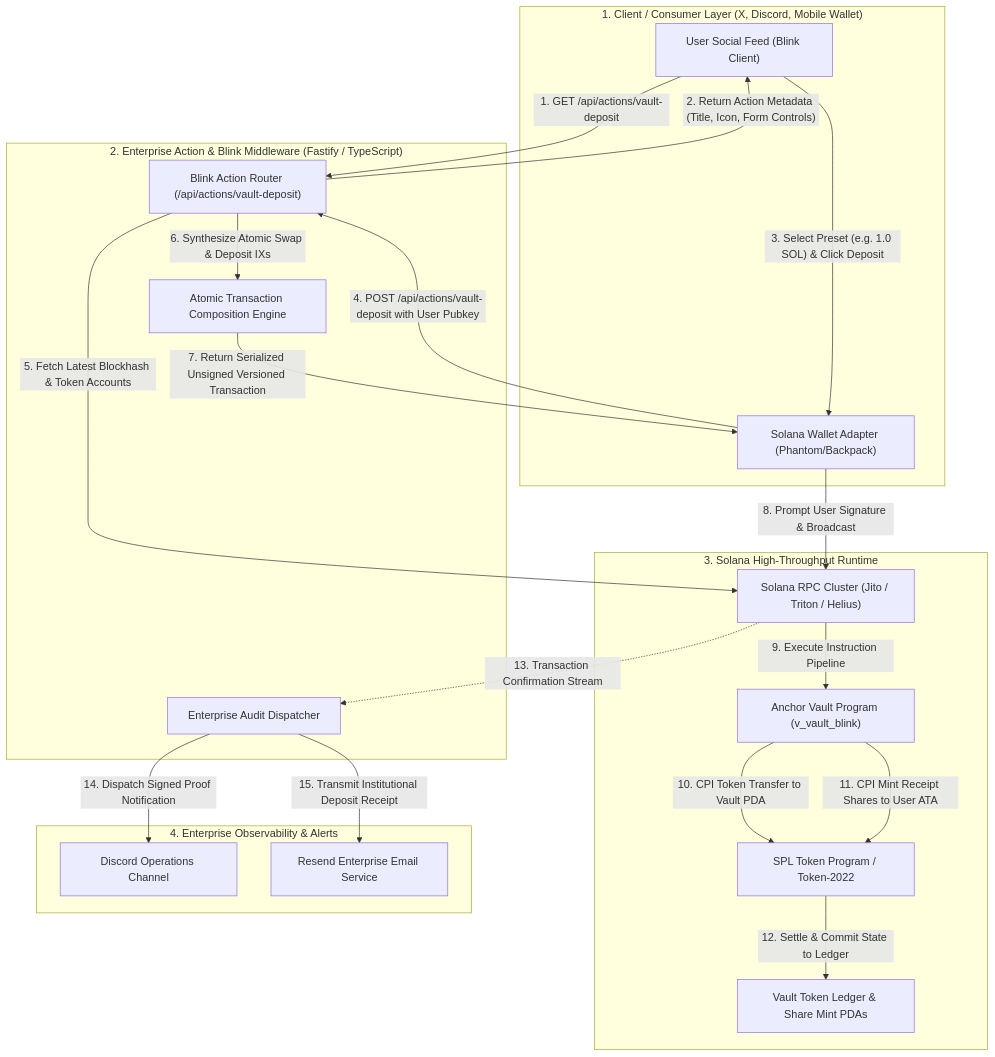
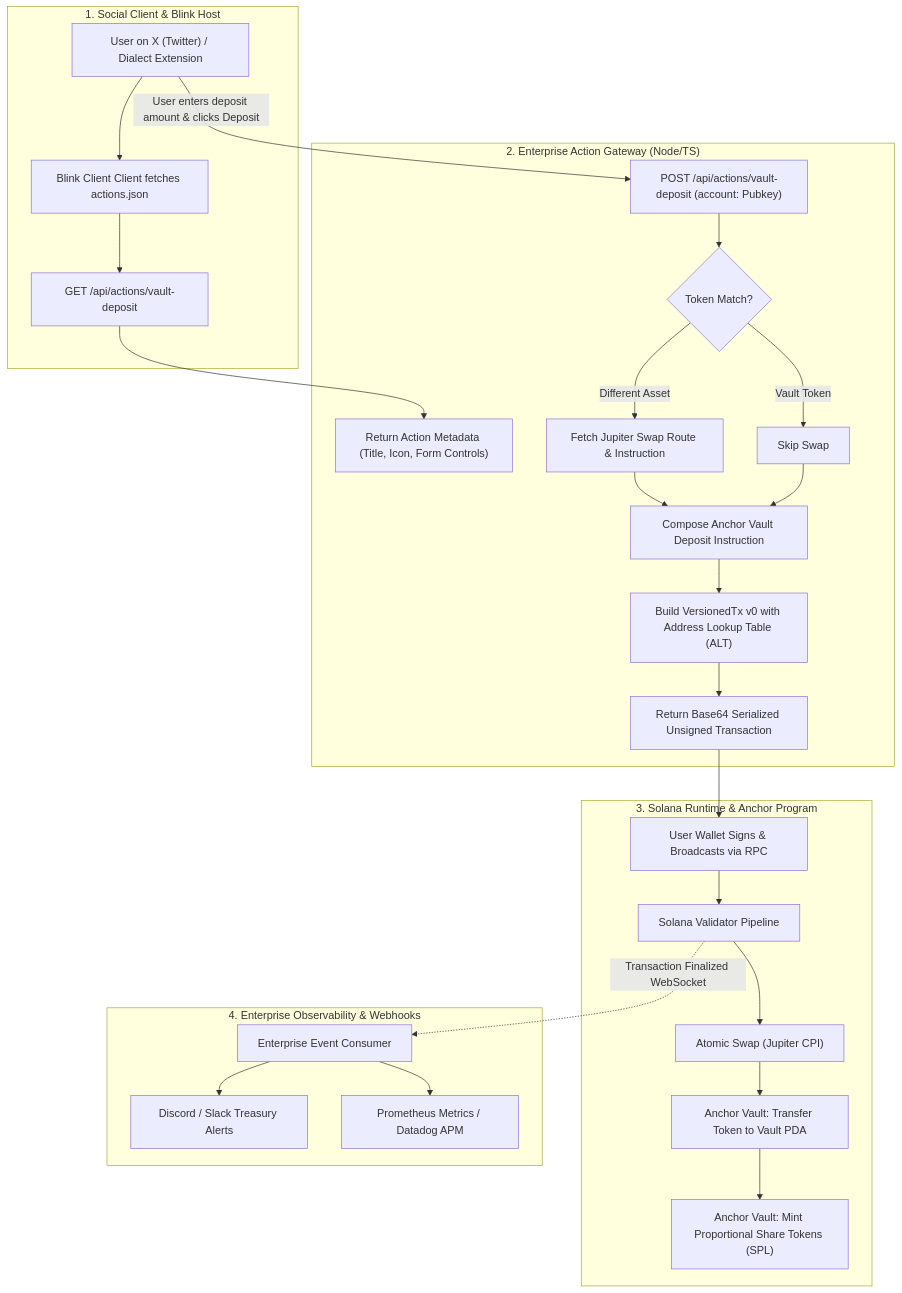
One commit to wiliancolomboo-tech/web3-solana-action---dialect-blink-for-1-41116e changed the diagram in README.md. Above: the diagram before and after it, drawn with Mermaid. The commit also changed other lines of this file and 30 other files, not shown here.

````diff
--- a/README.md
+++ b/README.md
@@ -47,46 +32,33 @@
 ```mermaid
 flowchart TD
-    %% Entities
-    subgraph ClientLayer ["1. Client / Consumer Layer (X, Discord, Mobile Wallet)"]
-        User["User Social Feed (Blink Client)"]
-        WalletExtension["Solana Wallet Adapter (Phantom/Backpack)"]
+    subgraph ClientLayer ["1. Social Client & Blink Host"]
+        A["User on X (Twitter) / Dialect Extension"] --> B["Blink Client Client fetches actions.json"]
+        B --> C["GET /api/actions/vault-deposit"]
     end
 
-    subgraph ActionEngine ["2. Enterprise Action & Blink Middleware (Fastify / TypeScript)"]
-        ActionRouter["Blink Action Router (/api/actions/vault-deposit)"]
-        TxBuilder["Atomic Transaction Composition Engine"]
-        AuditEmitter["Enterprise Audit Dispatcher"]
+    subgraph BlinkEngine ["2. Enterprise Action Gateway (Node/TS)"]
+        C --> D["Return Action Metadata (Title, Icon, Form Controls)"]
+        A -->|User enters deposit amount & clicks Deposit| E["POST /api/actions/vault-deposit (account: Pubkey)"]
+        E --> F{"Token Match?"}
+        F -->|Different Asset| G["Fetch Jupiter Swap Route & Instruction"]
+        F -->|Vault Token| H["Skip Swap"]
+        G --> I["Compose Anchor Vault Deposit Instruction"]
+        H --> I
+        I --> J["Build VersionedTx v0 with Address Lookup Table (ALT)"]
+        J --> K["Return Base64 Serialized Unsigned Transaction"]
     end
 
-    subgraph OnChainEngine ["3. Solana High-Throughput Runtime"]
-        SolanaRPC["Solana RPC Cluster (Jito / Triton / Helius)"]
-        VaultProgram["Anchor Vault Program (v_vault_blink)"]
-        VaultPDA["Vault Token Ledger & Share Mint PDAs"]
-        TokenProgram["SPL Token Program / Token-2022"]
+    subgraph LedgerExecution ["3. Solana Runtime & Anchor Program"]
+        K --> L["User Wallet Signs & Broadcasts via RPC"]
+        L --> M["Solana Validator Pipeline"]
+        M --> N["Atomic Swap (Jupiter CPI)"]
+        N --> O["Anchor Vault: Transfer Token to Vault PDA"]
+        O --> P["Anchor Vault: Mint Proportional Share Tokens (SPL)"]
     end
 
-    subgraph EnterpriseOps ["4. Enterprise Observability & Alerts"]
-        DiscordWebhook["Discord Operations Channel"]
-        ResendAPI["Resend Enterprise Email Service"]
+    subgraph EnterpriseOps ["4. Enterprise Observability & Webhooks"]
+        M -.->|Transaction Finalized WebSocket| Q["Enterprise Event Consumer"]
+        Q --> R["Discord / Slack Treasury Alerts"]
+        Q --> S["Prometheus Metrics / Datadog APM"]
     end
-
-    %% Execution Steps
-    User -->|"1. GET /api/actions/vault-deposit"| ActionRouter
-    ActionRouter -->|"2. Return Action Metadata (Title, Icon, Form Controls)"| User
-    User -->|"3. Select Preset (e.g. 1.0 SOL) & Click Deposit"| WalletExtension
-    WalletExtension -->|"4. POST /api/actions/vault-deposit with User Pubkey"| ActionRouter
-    
-    ActionRouter -->|"5. Fetch Latest Blockhash & Token Accounts"| SolanaRPC
-    ActionRouter -->|"6. Synthesize Atomic Swap & Deposit IXs"| TxBuilder
-    TxBuilder -->|"7. Return Serialized Unsigned Versioned Transaction"| WalletExtension
-
-    WalletExtension -->|"8. Prompt User Signature & Broadcast"| SolanaRPC
-    SolanaRPC -->|"9. Execute Instruction Pipeline"| VaultProgram
-    VaultProgram -->|"10. CPI Token Transfer to Vault PDA"| TokenProgram
-    VaultProgram -->|"11. CPI Mint Receipt Shares to User ATA"| TokenProgram
-    TokenProgram -->|"12. Settle & Commit State to Ledger"| VaultPDA
-
-    SolanaRPC -.->|"13. Transaction Confirmation Stream"| AuditEmitter
-    AuditEmitter -->|"14. Dispatch Signed Proof Notification"| DiscordWebhook
-    AuditEmitter -->|"15. Transmit Institutional Deposit Receipt"| ResendAPI
 ```
````
